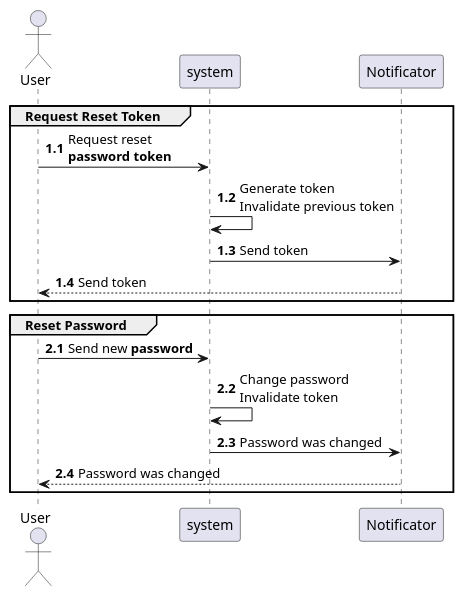
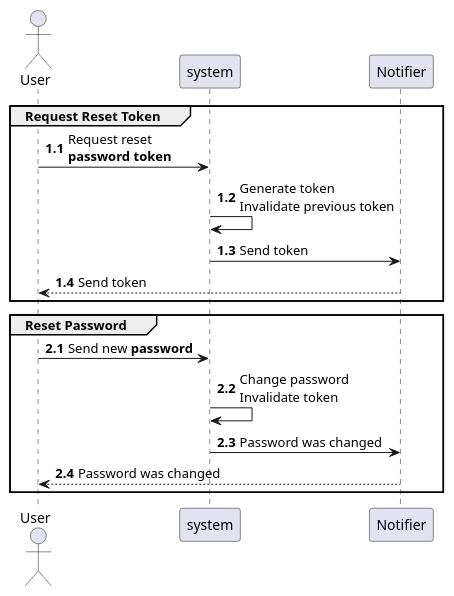
One commit to argentum-toolkit/argentum changed the third of 3 diagrams in argentum_user_account/business/readme.adoc. Above: the diagram before and after it, drawn with PlantUML. The commit also changed 171 other files, not shown here.

```diff
--- a/argentum_user_account/business/readme.adoc
+++ b/argentum_user_account/business/readme.adoc
@@ -49,28 +49,28 @@
 [plantuml, format="svg"]
 ----
 @startuml
 autonumber 1.1
 
 actor User as u
 
 participant system as s
-participant Notificator as n
+participant Notifier as n
 
 group Request Reset Token
     u -> s: Request reset\n**password token**
     s -> s: Generate token\nInvalidate previous token
     s -> n: Send token
     n --> u: Send token
 end
 
 autonumber 2.1
 
 group Reset Password
     u -> s: Send new **password**
     s -> s: Change password\nInvalidate token
     s -> n: Password was changed
     n --> u: Password was changed
 end
 
 @enduml
 ----
```
